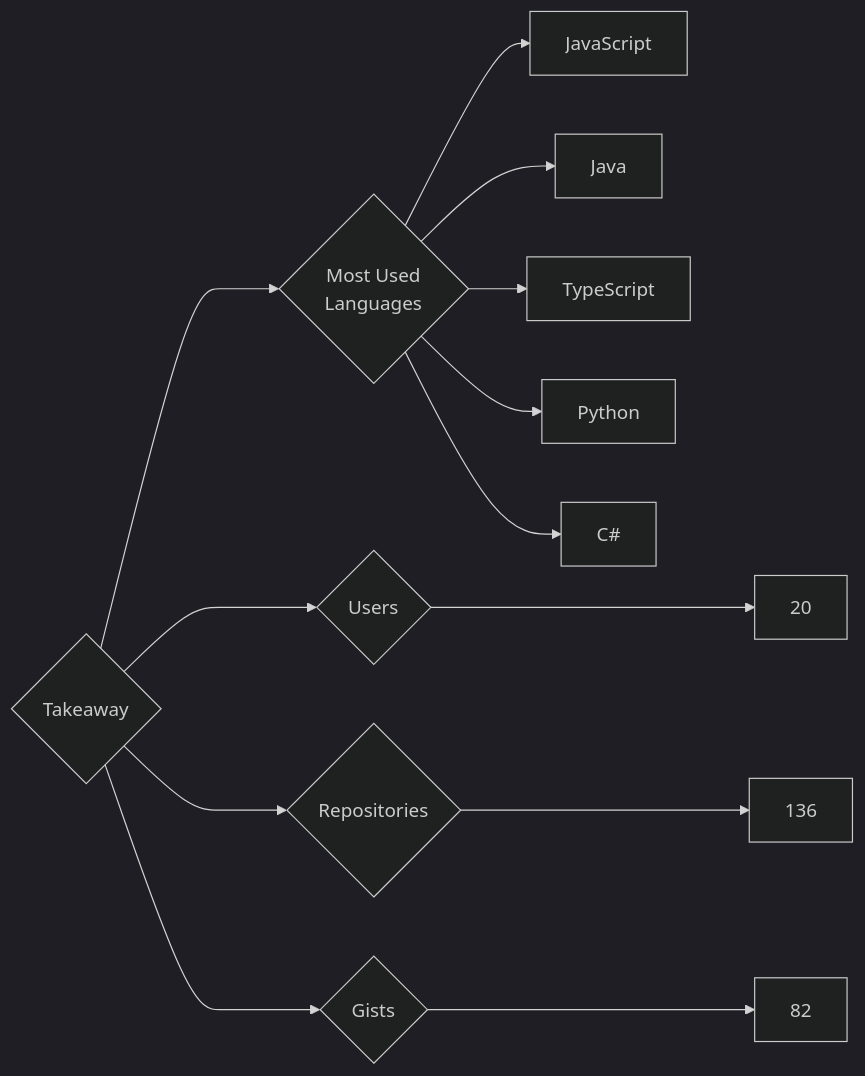
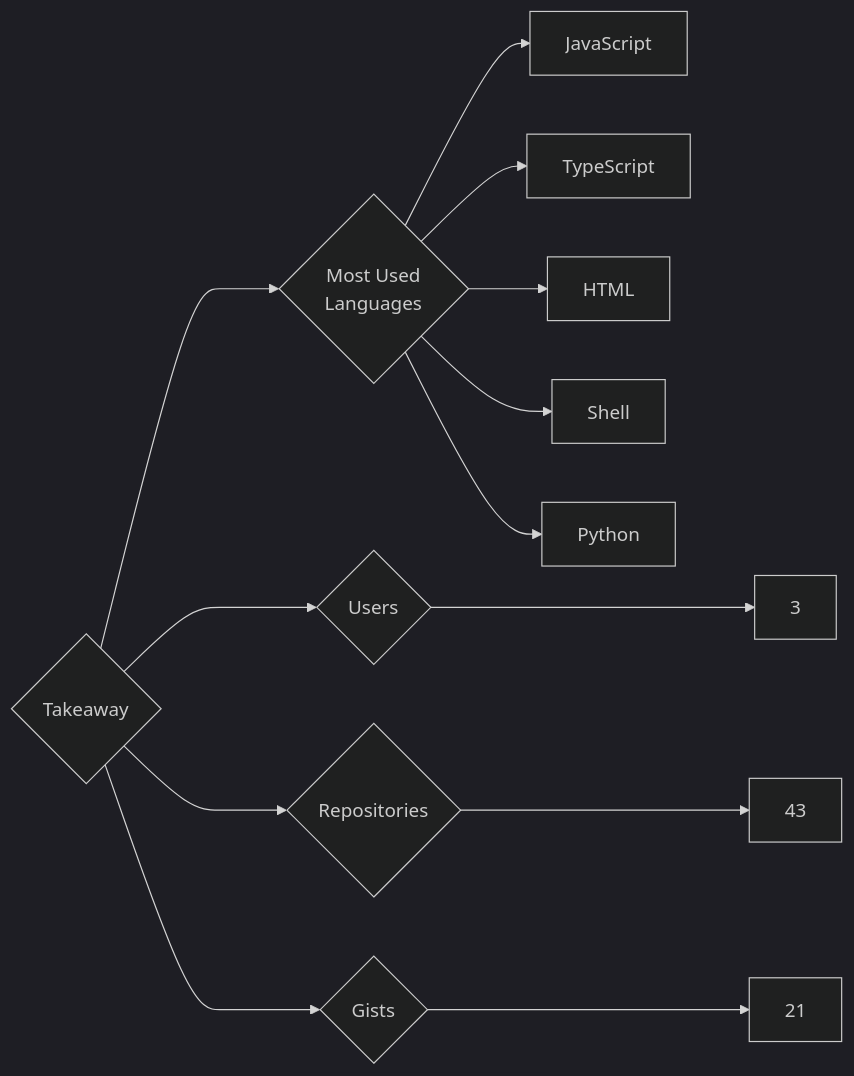
One commit to trickest/insiders changed the diagram in targets/Takeaway/README.md. Above: the diagram before and after it, drawn with Mermaid (dark theme). The commit also changed 1011 other files, not shown here.

````diff
--- a/targets/Takeaway/README.md
+++ b/targets/Takeaway/README.md
@@ -3,13 +3,13 @@
 ```mermaid
 graph LR
 COMPANY_NAME{Takeaway}
-COMPANY_NAME ---> U{Users} ---> UN[20]
-COMPANY_NAME ---> R{Repositories} ---> RN[136]
-COMPANY_NAME ---> G{Gists} ---> GN[82]
+COMPANY_NAME ---> U{Users} ---> UN[3]
+COMPANY_NAME ---> R{Repositories} ---> RN[43]
+COMPANY_NAME ---> G{Gists} ---> GN[21]
 COMPANY_NAME ---> ML{Most Used<br>Languages}
 ML --> JavaScript[JavaScript]
-ML --> Java[Java]
 ML --> TypeScript[TypeScript]
+ML --> HTML[HTML]
+ML --> Shell[Shell]
 ML --> Python[Python]
-ML --> C#[C#]
 ```
````
